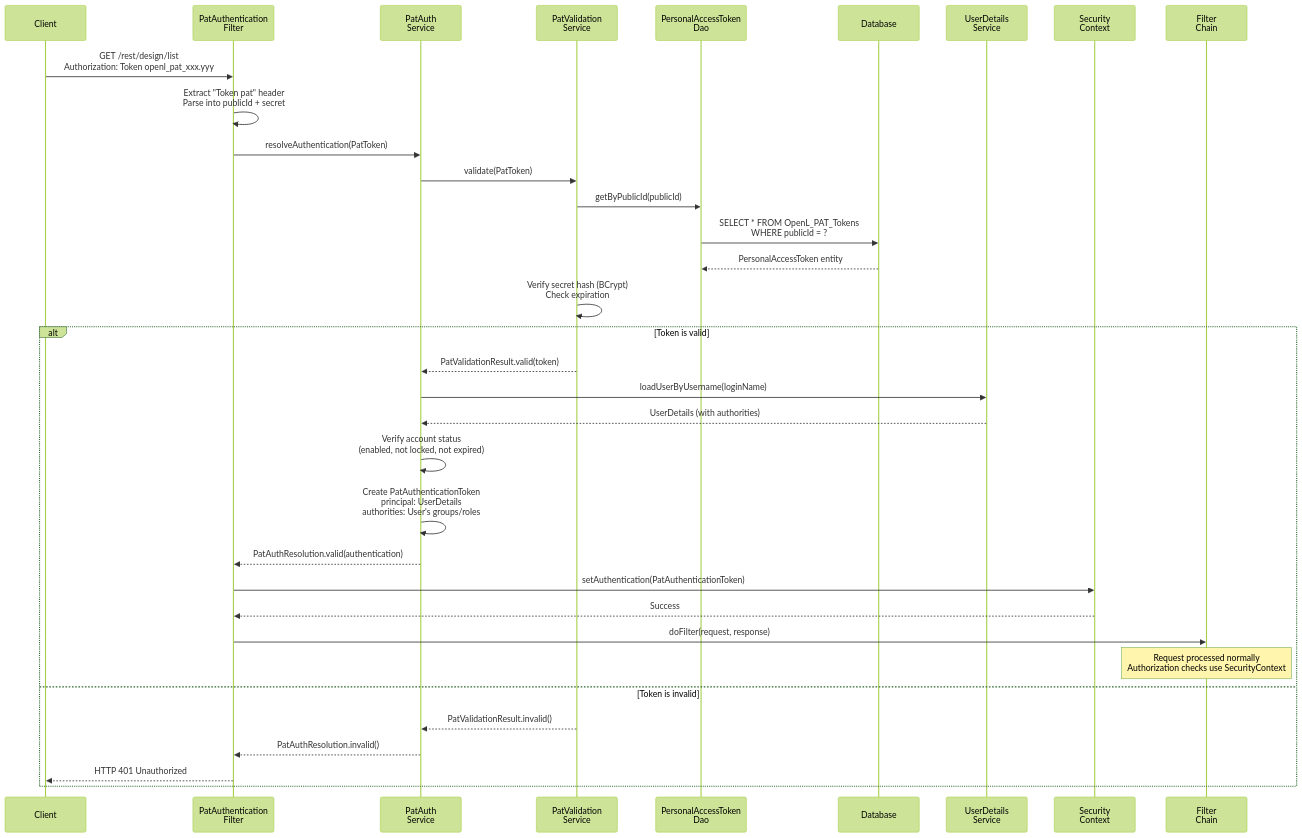
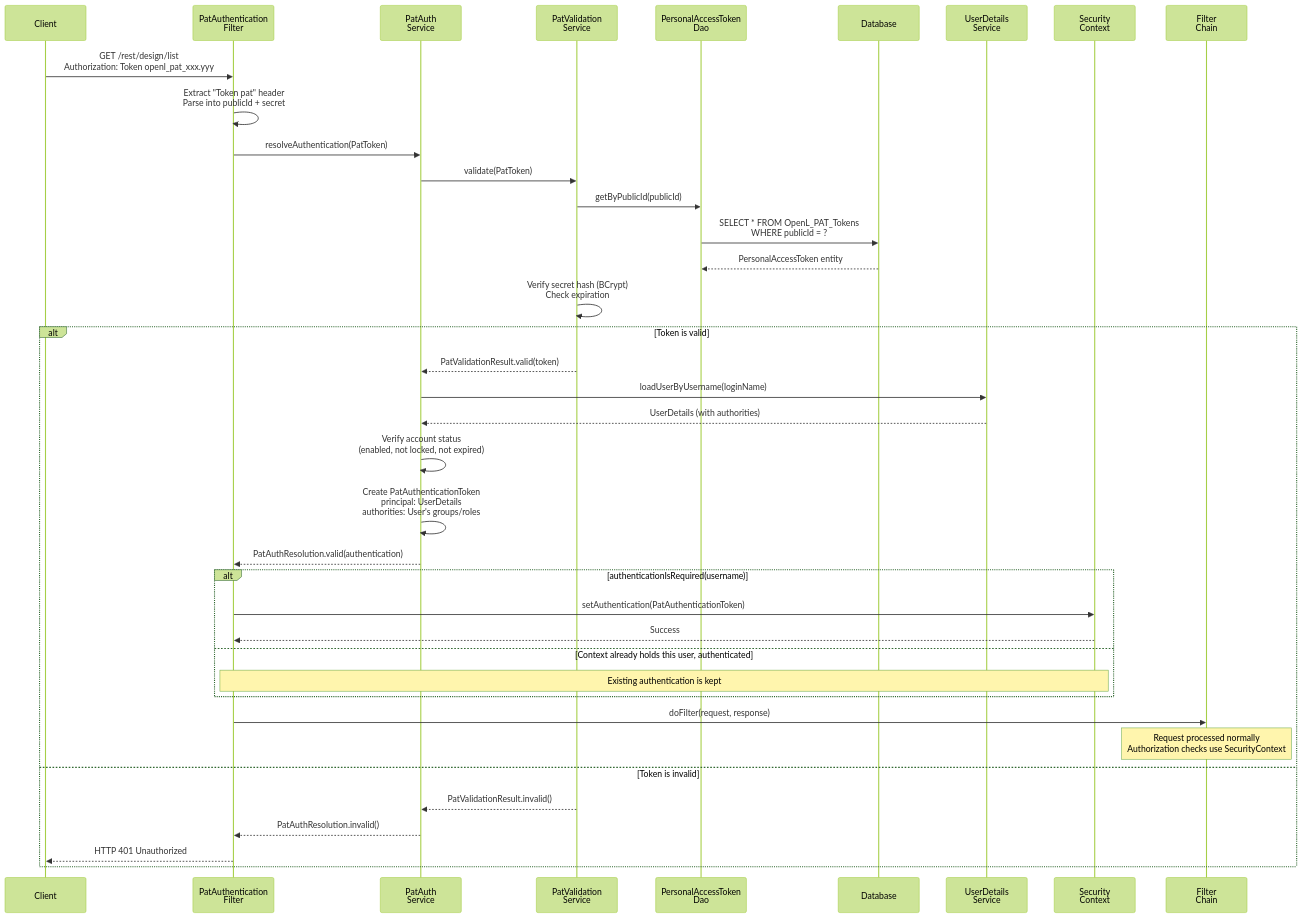
Before and after one commit to blitzy-public-samples/openl-tablets-01: the third of 3 diagrams in Docs/api/personal-access-token-architecture.md, drawn with Mermaid (forest theme). The commit also changed other lines of this file and 2 other files, not shown here.

First line of the commit message:
V1 V6 V8 Cover the files-route rejections and correct the encryption and PAT architecture docs

````diff
--- a/Docs/api/personal-access-token-architecture.md
+++ b/Docs/api/personal-access-token-architecture.md
@@ -853,48 +859,52 @@
 ```mermaid
 sequenceDiagram
     participant Client
     participant Filter as PatAuthentication<br/>Filter
     participant AuthService as PatAuth<br/>Service
     participant ValidationService as PatValidation<br/>Service
     participant DAO as PersonalAccessToken<br/>Dao
     participant DB as Database
     participant UserService as UserDetails<br/>Service
     participant SecurityContext as Security<br/>Context
     participant FilterChain as Filter<br/>Chain
 
     Client->>Filter: GET /rest/design/list<br/>Authorization: Token openl_pat_xxx.yyy
 
     Filter->>Filter: Extract "Token pat" header<br/>Parse into publicId + secret
 
     Filter->>AuthService: resolveAuthentication(PatToken)
     AuthService->>ValidationService: validate(PatToken)
 
     ValidationService->>DAO: getByPublicId(publicId)
     DAO->>DB: SELECT * FROM OpenL_PAT_Tokens<br/>WHERE publicId = ?
     DB-->>DAO: PersonalAccessToken entity
 
     ValidationService->>ValidationService: Verify secret hash (BCrypt)<br/>Check expiration
 
     alt Token is valid
         ValidationService-->>AuthService: PatValidationResult.valid(token)
         AuthService->>UserService: loadUserByUsername(loginName)
         UserService-->>AuthService: UserDetails (with authorities)
 
         AuthService->>AuthService: Verify account status<br/>(enabled, not locked, not expired)
 
         AuthService->>AuthService: Create PatAuthenticationToken<br/>principal: UserDetails<br/>authorities: User's groups/roles
 
         AuthService-->>Filter: PatAuthResolution.valid(authentication)
 
-        Filter->>SecurityContext: setAuthentication(PatAuthenticationToken)
-        SecurityContext-->>Filter: Success
+        alt authenticationIsRequired(username)
+            Filter->>SecurityContext: setAuthentication(PatAuthenticationToken)
+            SecurityContext-->>Filter: Success
+        else Context already holds this user, authenticated
+            Note over Filter,SecurityContext: Existing authentication is kept
+        end
 
         Filter->>FilterChain: doFilter(request, response)
         Note over FilterChain: Request processed normally<br/>Authorization checks use SecurityContext
 
     else Token is invalid
         ValidationService-->>AuthService: PatValidationResult.invalid()
         AuthService-->>Filter: PatAuthResolution.invalid()
         Filter-->>Client: HTTP 401 Unauthorized
     end
 ```
````
